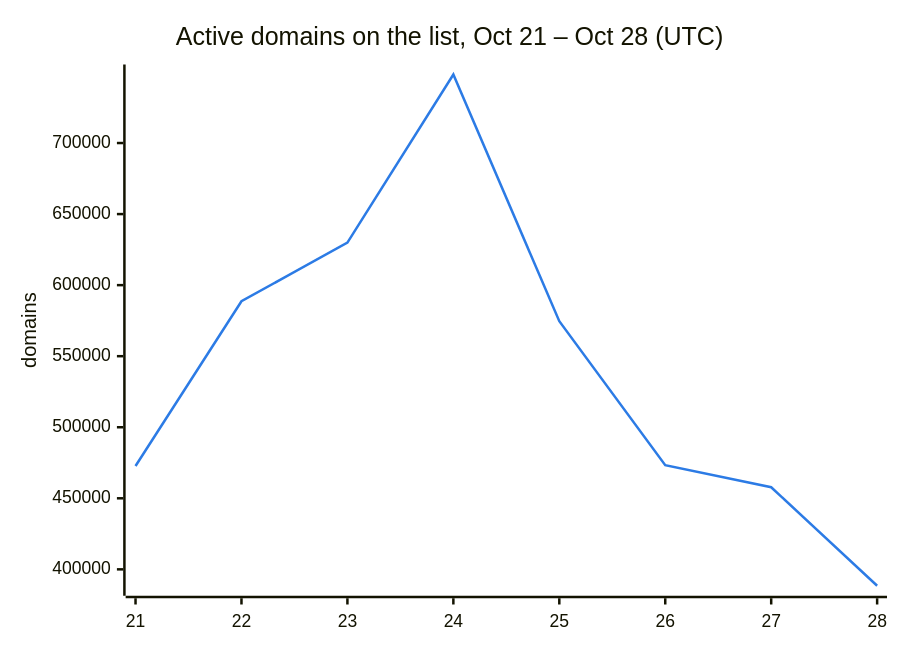
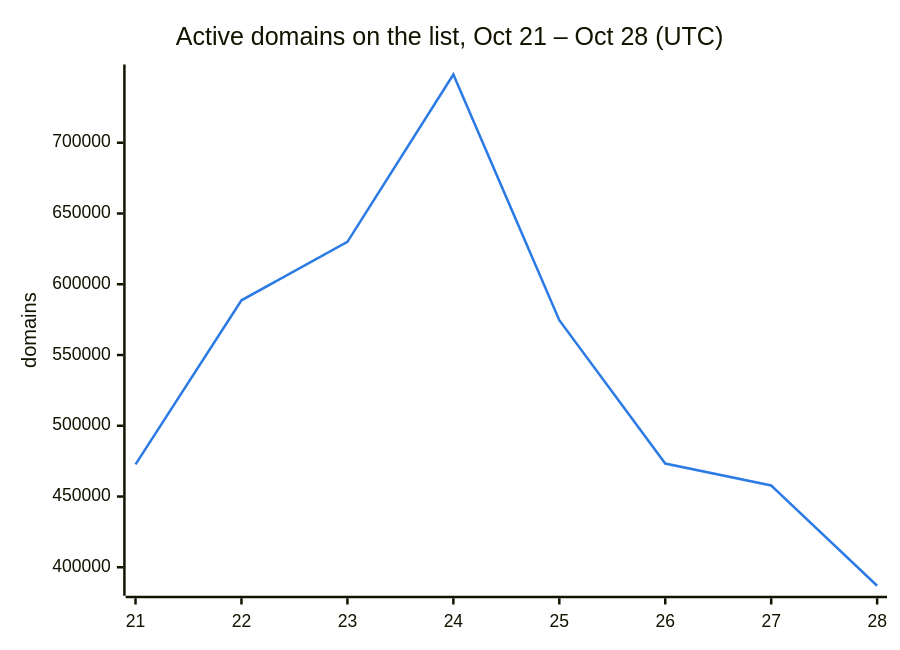
The second of 3 diagrams in README.md (DNSBunker/CTI), drawn with Mermaid before and after one commit. The commit also changed other lines of this file and 3 other files, not shown here.

````diff
--- a/README.md
+++ b/README.md
@@ -38,8 +38,8 @@
 ```mermaid
 %%{init: {"themeVariables": {"xyChart": {"plotColorPalette": "#2c7be5"}}}}%%
 xychart-beta
     title "Active domains on the list, Oct 21 – Oct 28 (UTC)"
     x-axis ["21", "22", "23", "24", "25", "26", "27", "28"]
     y-axis "domains"
-    line [472713, 588659, 629951, 748222, 574614, 473331, 457795, 388459]
+    line [472713, 588659, 629951, 748222, 574614, 473331, 457795, 386944]
 ```
````
